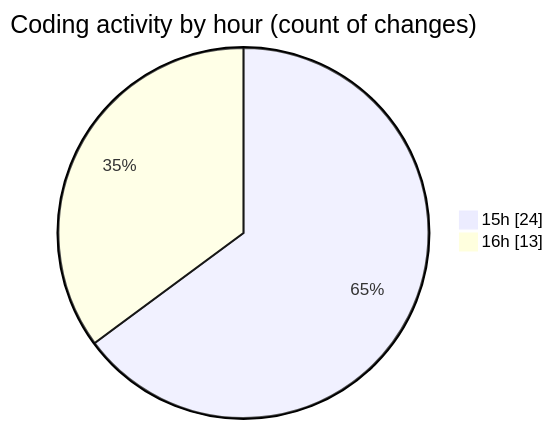
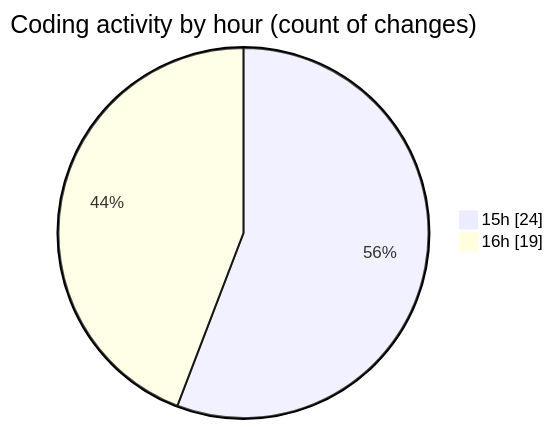
The second of 2 diagrams in 2025-07-31/tw-server/README.md (EIIisD/code-tracking), drawn with Mermaid before and after one commit. The commit also changed other lines of this file and 1 other file, not shown here.

````diff
--- a/2025-07-31/tw-server/README.md
+++ b/2025-07-31/tw-server/README.md
@@ -38,6 +39,6 @@
 ```mermaid
 pie showData
 title Coding activity by hour (count of changes)
 "15h" : 24
-"16h" : 13
+"16h" : 19
 ```
````
